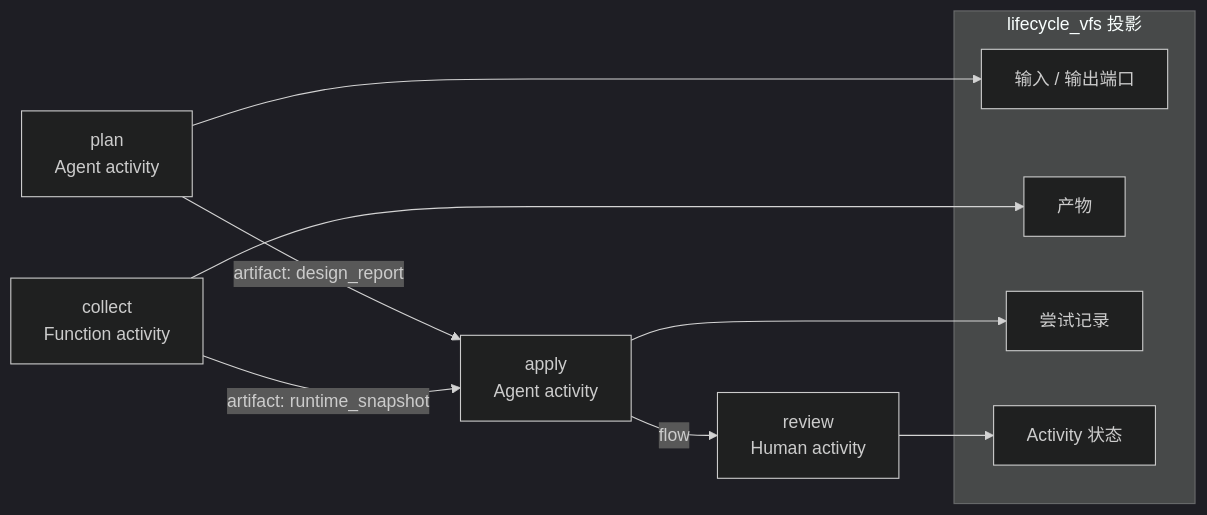
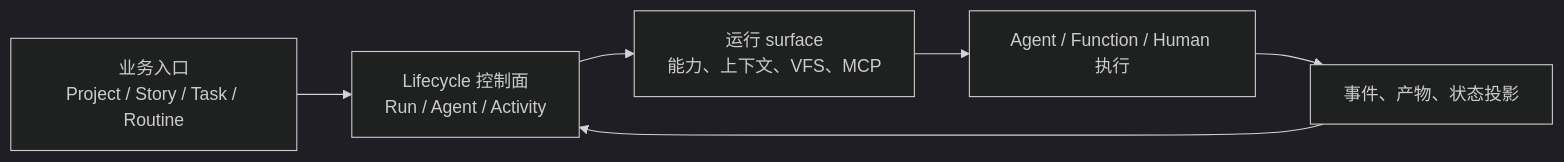
The fifth of 5 diagrams in README.md (syan2018/AgentDash), drawn with Mermaid (dark theme) before and after one commit. The commit also changed other lines of this file, not shown here.

First line of the commit message:
docs(readme): 收敛 Lifecycle 控制面叙事

````diff
--- a/README.md
+++ b/README.md
@@ -137,23 +135,10 @@
 ```mermaid
 flowchart LR
-    A["plan<br/>Agent activity"]
-    B["collect<br/>Function activity"]
-    C["apply<br/>Agent activity"]
-    D["review<br/>Human activity"]
+    Subject["业务入口<br/>Project / Story / Task / Routine"]
+    Control["Lifecycle 控制面<br/>Run / Agent / Activity"]
+    Surface["运行 surface<br/>能力、上下文、VFS、MCP"]
+    Runtime["Agent / Function / Human 执行"]
+    Evidence["事件、产物、状态投影"]
 
-    A -- "artifact: design_report" --> C
-    B -- "artifact: runtime_snapshot" --> C
-    C -- "flow" --> D
-
-    subgraph Runtime_Projection["lifecycle_vfs 投影"]
-        Ports["输入 / 输出端口"]
-        Artifacts["产物"]
-        Records["尝试记录"]
-        State["Activity 状态"]
-    end
-
-    A --> Ports
-    B --> Artifacts
-    C --> Records
-    D --> State
+    Subject --> Control --> Surface --> Runtime --> Evidence --> Control
 ```
````
